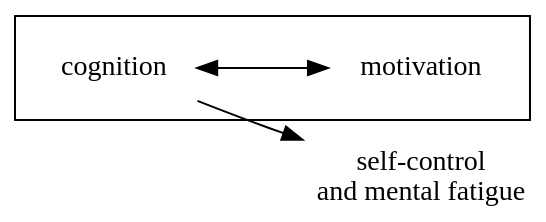
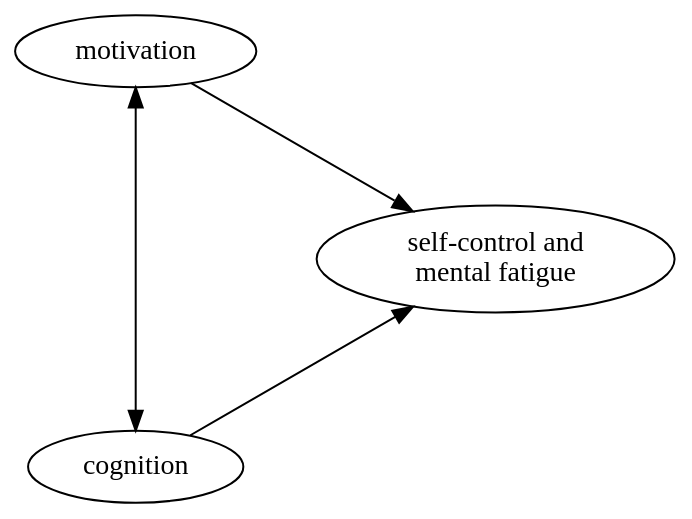
One commit to GermanoGallicchio/learning changed the first of 5 diagrams in FoundationsOfSelfControlAndFatigue.qmd. Above: the diagram before and after it, drawn with Graphviz. The commit also changed other lines of this file, not shown here.

````diff
--- a/FoundationsOfSelfControlAndFatigue.qmd
+++ b/FoundationsOfSelfControlAndFatigue.qmd
@@ -81,22 +82,18 @@
 ```{dot}
 //| fig-width: 8
 digraph {
-    node [shape=none]
-    
     rankdir=LR
+    layout="circo"
     bgcolor="transparent"
 
     subgraph cluster0 {
       C [label = "cognition"]
       M [label = "motivation"]  
-      C -> M [dir=both]
+      C -> M [dir=both, rank=same]
     } 
     
-    S [label = "self-control\nand mental fatigue"]
-
-    C -> S
-    
-
+    S [label = "self-control and\nmental fatigue"]
+    {C; M} -> S 
 
 }
 ```
````
